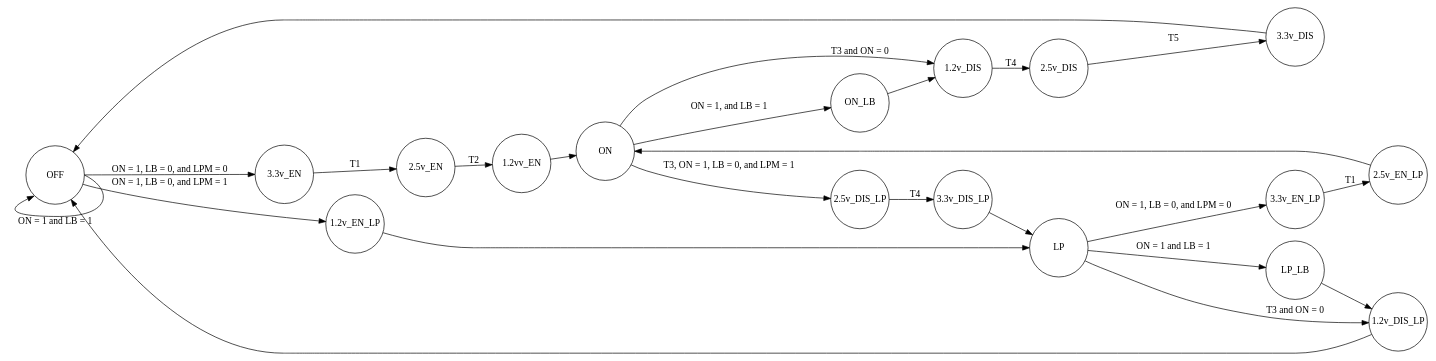
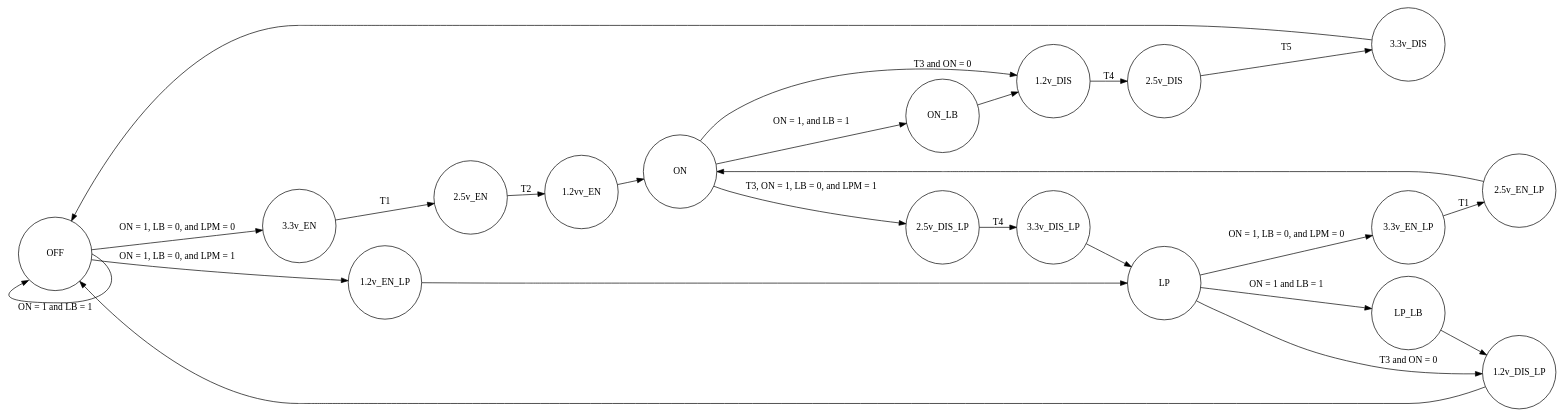
One commit to dan-olsen/ECE428 changed the diagram in Lab 2/lab2_fsm.dot. Above: the diagram before and after it, drawn with Graphviz. The commit also changed 1 other file, not shown here.

Commit message:
Change node size

```diff
--- a/Lab 2/lab2_fsm.dot
+++ b/Lab 2/lab2_fsm.dot
@@ -1,45 +1,45 @@
 digraph finite_state_machine {
 	rankdir=LR;
-	node [shape = circle, fixedsize = true, width = "1.2v5", height = "1.2v5"];
+	node [shape = circle, fixedsize = true, width = "1.5", height = "1.5"];
 	OFF:e -> OFF:sw [label = "ON = 1 and LB = 1"];
 	OFF -> EN_33 [label = "ON = 1, LB = 0, and LPM = 0"];
 	OFF -> EN_12_LP [label = "ON = 1, LB = 0, and LPM = 1"];
 	EN_12_LP -> LP;
 	LP -> EN_33_LP [label = "ON = 1, LB = 0, and LPM = 0"];
 	LP -> DIS_12_LP [label = "T3 and ON = 0"];
 	EN_33 -> EN_25 [label = "T1"];
 	EN_25 -> EN_12 [label = "T2"];
 	EN_12 -> ON;
 	ON -> DIS_12 [label = "T3 and ON = 0"];
 	DIS_33 -> OFF;
 	DIS_25 -> DIS_33 [label = "T5"];
 	DIS_12 -> DIS_25 [label = "T4"];
 	ON -> ON_LB [label = "ON = 1, and LB = 1"];
 	ON_LB -> DIS_12;
 	LP -> LP_LB [label = "ON = 1 and LB = 1"];
 	EN_33_LP -> EN_25_LP [label = "T1"];
 	EN_25_LP -> ON;
 	ON -> DIS_25_LP [label = "T3, ON = 1, LB = 0, and LPM = 1"];
 	DIS_33_LP -> LP;
 	DIS_25_LP -> DIS_33_LP [label = "T4"];
 	DIS_12_LP -> OFF;
 	LP_LB -> DIS_12_LP;
 
 	OFF  [label = "OFF"];
 	EN_33 [label = "3.3v_EN"];
 	EN_25 [label = "2.5v_EN"];
 	EN_12 [label = "1.2vv_EN"];
 	ON [label = "ON"];
 	ON_LB [label = "ON_LB"];
 	DIS_33 [label = "3.3v_DIS"];
 	DIS_25 [label = "2.5v_DIS"];
 	DIS_12 [label = "1.2v_DIS"];
 	EN_12_LP [label = "1.2v_EN_LP"];
 	LP [label = "LP"];
 	LP_LB [label = "LP_LB"];
 	EN_33_LP [label = "3.3v_EN_LP"];
 	EN_25_LP [label = "2.5v_EN_LP"];
 	DIS_33_LP [label = "3.3v_DIS_LP"];
 	DIS_25_LP [label = "2.5v_DIS_LP"];
 	DIS_12_LP [label = "1.2v_DIS_LP"];
 }
```
